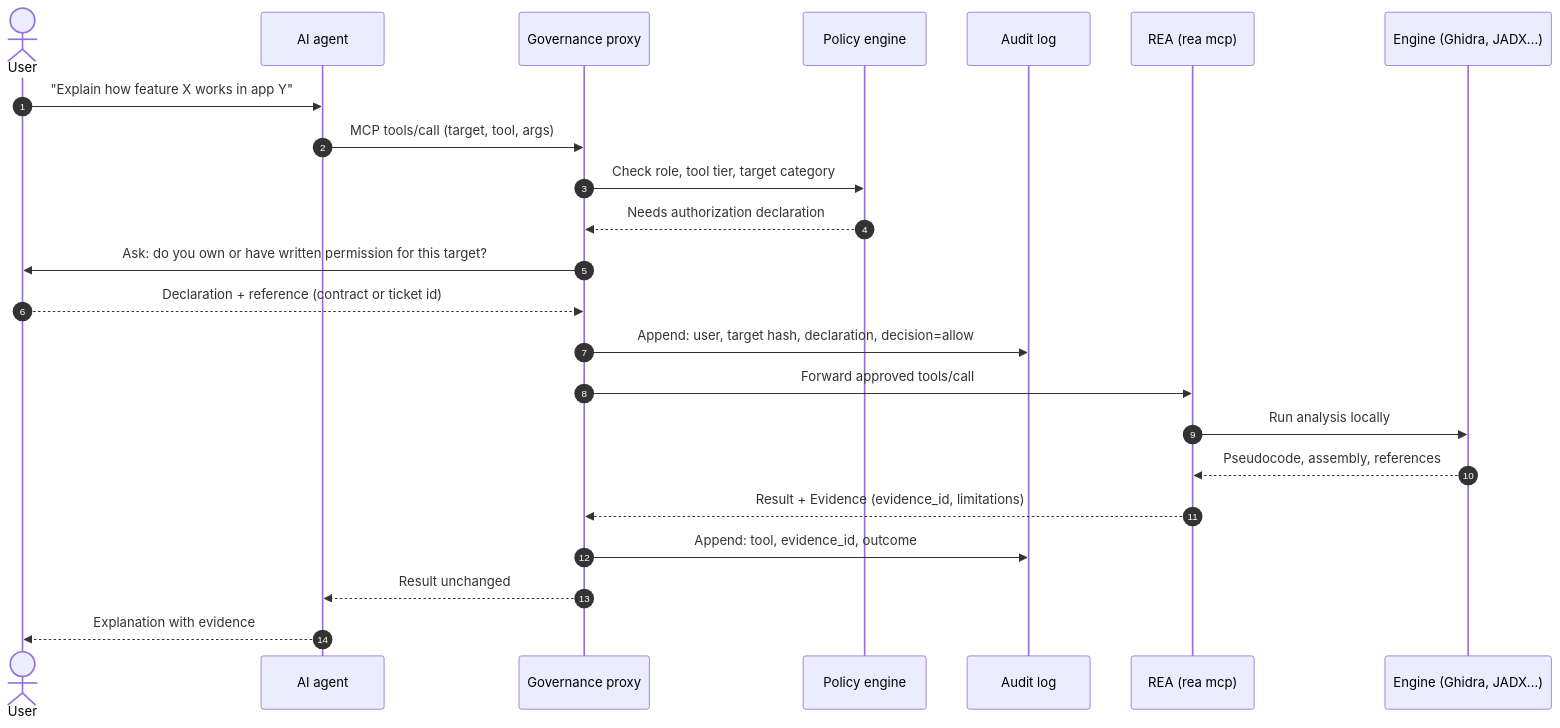
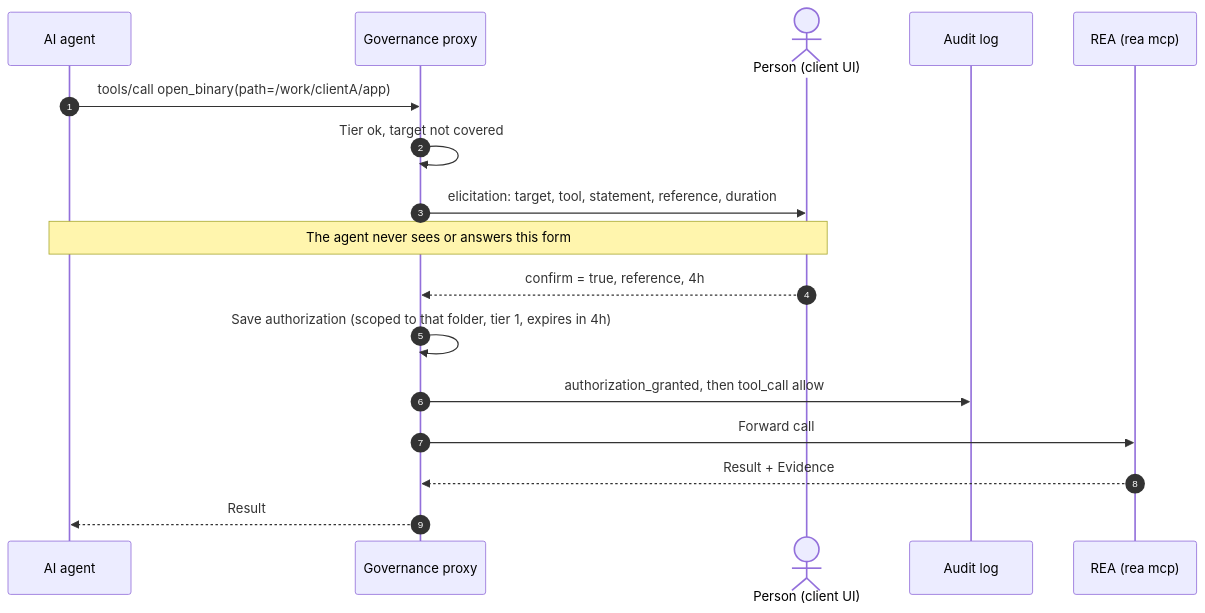
One commit to nezuko-afk/sprintailab changed the second of 5 diagrams in docs/sequence/analysis-request.md. Above: the diagram before and after it, drawn with Mermaid. The commit also changed other lines of this file and 28 other files, not shown here.

First line of the commit message:
Add authorization gate: scoped, expiring declarations by prompt or terminal

````diff
--- a/docs/sequence/analysis-request.md
+++ b/docs/sequence/analysis-request.md
@@ -7,26 +28,20 @@
 ```mermaid
 sequenceDiagram
     autonumber
-    actor U as User
     participant A as AI agent
     participant G as Governance proxy
-    participant P as Policy engine
+    actor U as Person (client UI)
     participant L as Audit log
     participant R as REA (rea mcp)
-    participant E as Engine (Ghidra, JADX...)
 
-    U->>A: "Explain how feature X works in app Y"
-    A->>G: MCP tools/call (target, tool, args)
-    G->>P: Check role, tool tier, target category
-    P-->>G: Needs authorization declaration
-    G->>U: Ask: do you own or have written permission for this target?
-    U-->>G: Declaration + reference (contract or ticket id)
-    G->>L: Append: user, target hash, declaration, decision=allow
-    G->>R: Forward approved tools/call
-    R->>E: Run analysis locally
-    E-->>R: Pseudocode, assembly, references
-    R-->>G: Result + Evidence (evidence_id, limitations)
-    G->>L: Append: tool, evidence_id, outcome
-    G-->>A: Result unchanged
-    A-->>U: Explanation with evidence
+    A->>G: tools/call open_binary(path=/work/clientA/app)
+    G->>G: Tier ok, target not covered
+    G->>U: elicitation: target, tool, statement, reference, duration
+    Note over A,U: The agent never sees or answers this form
+    U-->>G: confirm = true, reference, 4h
+    G->>G: Save authorization (scoped to that folder, tier 1, expires in 4h)
+    G->>L: authorization_granted, then tool_call allow
+    G->>R: Forward call
+    R-->>G: Result + Evidence
+    G-->>A: Result
 ```
````
